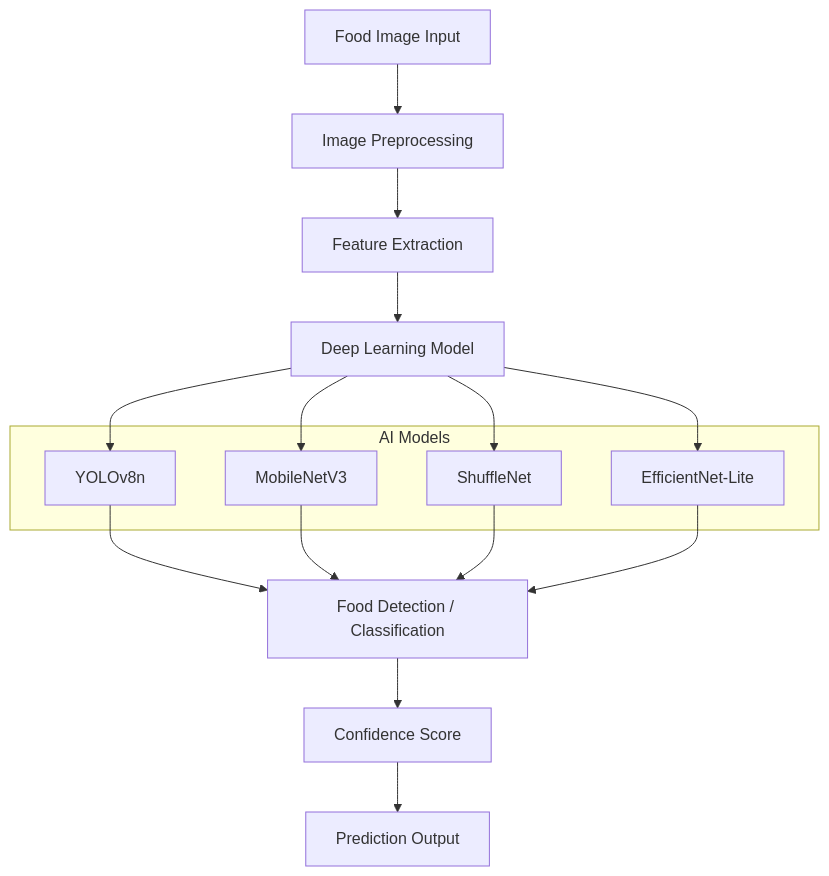
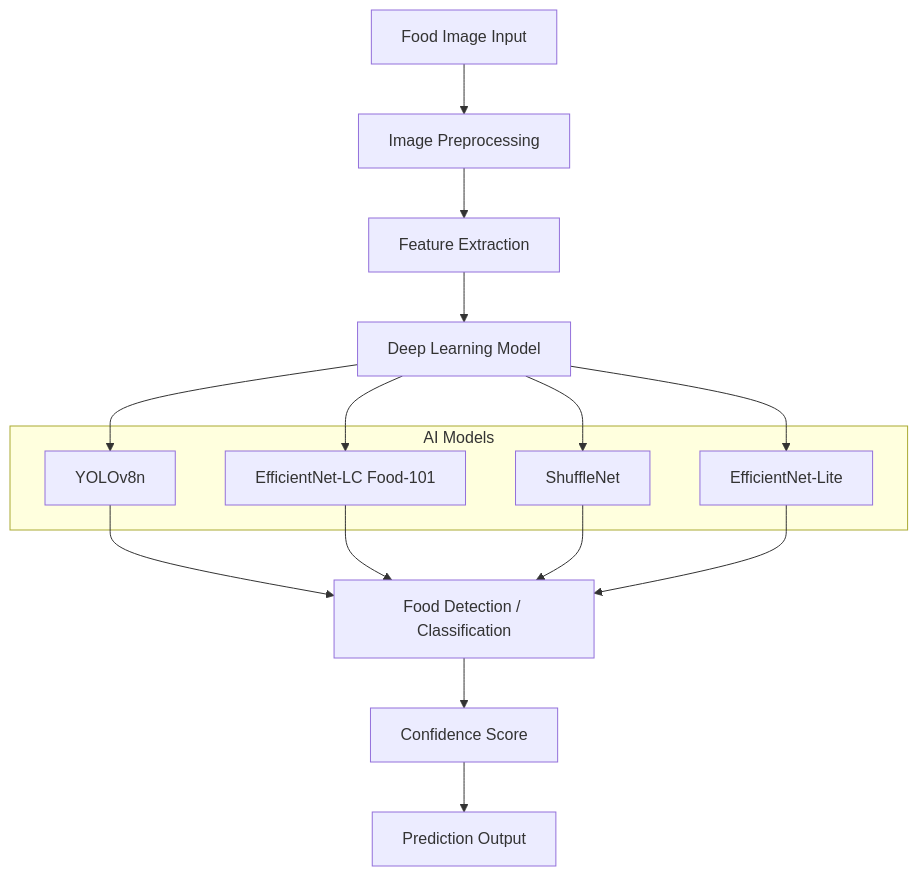
Before and after one commit to Tamal-11/cse4104-7a-t03-nutrilens: the third of 4 diagrams in diagrams/ai_diagrams.md, drawn with Mermaid. The commit also changed other lines of this file and 22 other files, not shown here.

````diff
--- a/diagrams/ai_diagrams.md
+++ b/diagrams/ai_diagrams.md
@@ -87,41 +87,41 @@
 ```mermaid
 flowchart TD
     I[Food Image Input]
 
     P[Image Preprocessing]
 
     FE[Feature Extraction]
 
     M[Deep Learning Model]
 
     D[Food Detection / Classification]
 
     C[Confidence Score]
 
     R[Prediction Output]
 
     I --> P
     P --> FE
     FE --> M
     D --> C
     C --> R
 
 
     subgraph AI Models
         Y[YOLOv8n]
-        MV[MobileNetV3]
+        MV[EfficientNet-LC Food-101]
         SH[ShuffleNet]
         EL[EfficientNet-Lite]
     end
 
     M --> Y
     M --> MV
     M --> SH
     M --> EL
 
     Y --> D
     MV --> D
     SH --> D
     EL --> D
 
 ```
````
